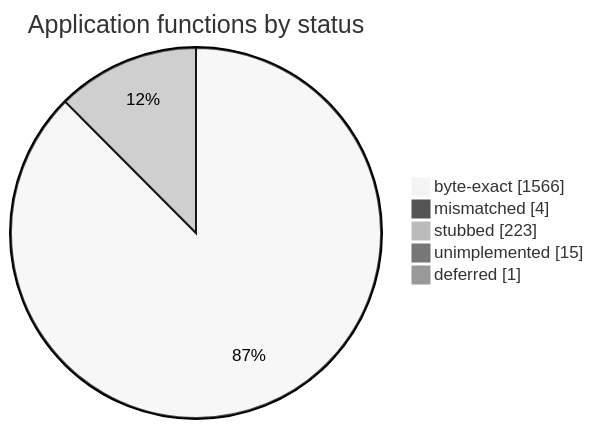
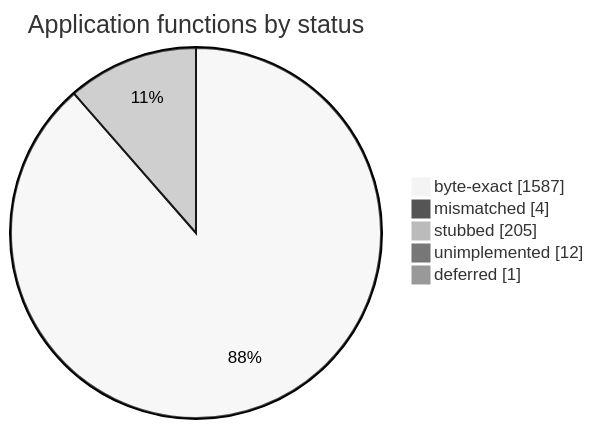
Before and after one commit to sorokya/eos: the diagram in README.md, drawn with Mermaid (neutral theme). The commit also changed other lines of this file and 11 other files, not shown here.

````diff
--- a/README.md
+++ b/README.md
@@ -152,9 +152,9 @@
 ```mermaid
 pie showData
     title Application functions by status
-    "byte-exact" : 1566
+    "byte-exact" : 1587
     "mismatched" : 4
-    "stubbed" : 223
-    "unimplemented" : 15
+    "stubbed" : 205
+    "unimplemented" : 12
     "deferred" : 1
 ```
````
